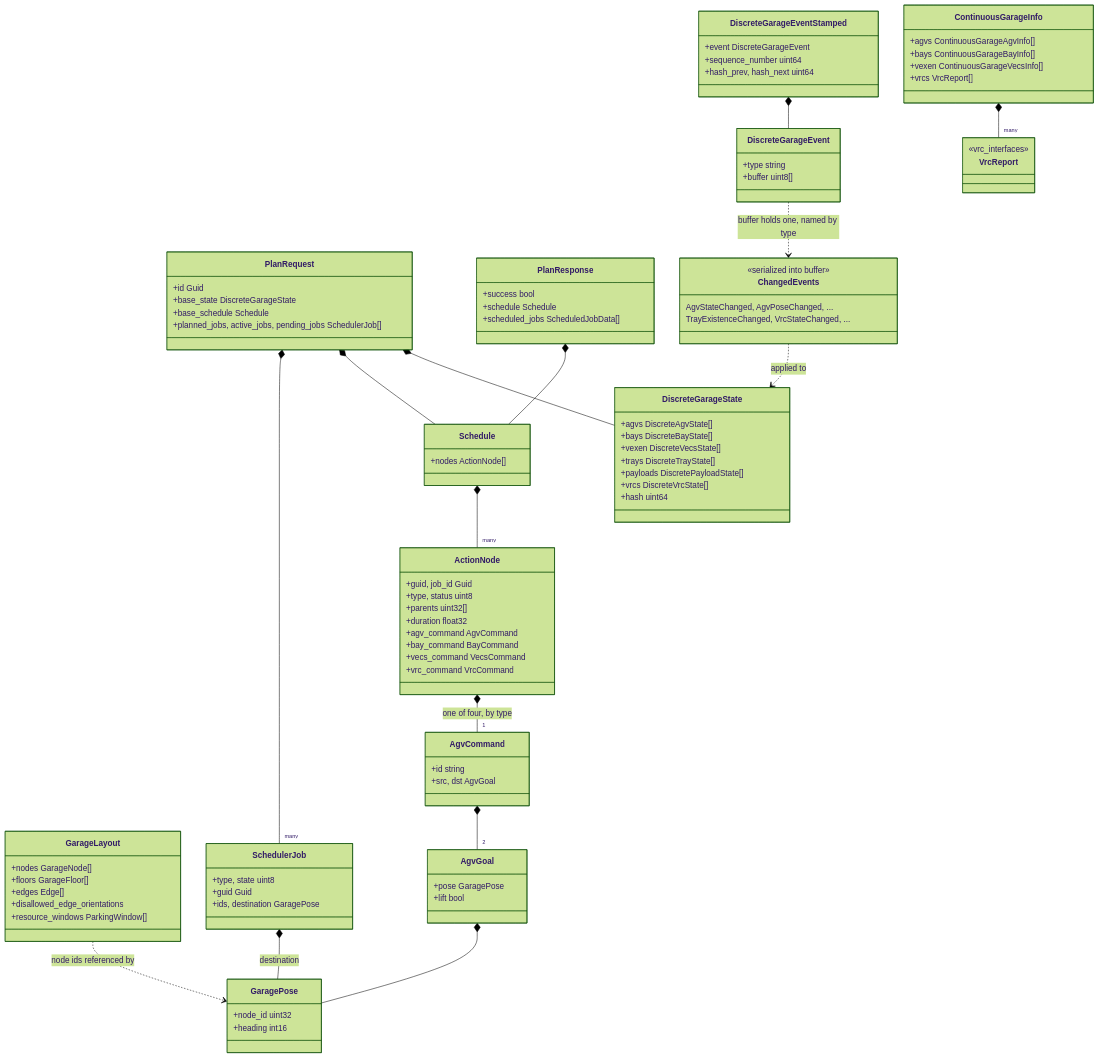
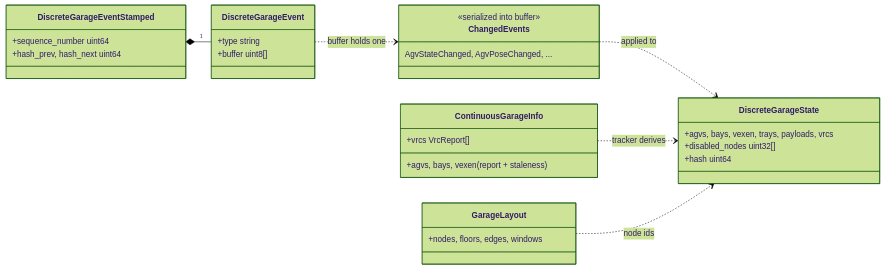
Before and after one commit to volleyjgonzales/volley_notes: the second of 24 diagrams in subsystems/11-interfaces.md, drawn with Mermaid (forest theme). The commit also changed other lines of this file and 14 other files, not shown here.

````diff
--- a/subsystems/11-interfaces.md
+++ b/subsystems/11-interfaces.md
@@ -389,52 +445,7 @@
 ```mermaid
 classDiagram
-    class GarageLayout {
-        +nodes GarageNode[]
-        +floors GarageFloor[]
-        +edges Edge[]
-        +disallowed_edge_orientations
-        +resource_windows ParkingWindow[]
-    }
-    class PlanRequest {
-        +id Guid
-        +base_state DiscreteGarageState
-        +base_schedule Schedule
-        +planned_jobs, active_jobs, pending_jobs SchedulerJob[]
-    }
-    class PlanResponse {
-        +success bool
-        +schedule Schedule
-        +scheduled_jobs ScheduledJobData[]
-    }
-    class Schedule {
-        +nodes ActionNode[]
-    }
-    class ActionNode {
-        +guid, job_id Guid
-        +type, status uint8
-        +parents uint32[]
-        +duration float32
-        +agv_command AgvCommand
-        +bay_command BayCommand
-        +vecs_command VecsCommand
-        +vrc_command VrcCommand
-    }
-    class SchedulerJob {
-        +type, state uint8
-        +guid Guid
-        +ids, destination GaragePose
-    }
-    class DiscreteGarageState {
-        +agvs DiscreteAgvState[]
-        +bays DiscreteBayState[]
-        +vexen DiscreteVecsState[]
-        +trays DiscreteTrayState[]
-        +payloads DiscretePayloadState[]
-        +vrcs DiscreteVrcState[]
-        +hash uint64
-    }
+    direction LR
     class DiscreteGarageEventStamped {
-        +event DiscreteGarageEvent
         +sequence_number uint64
         +hash_prev, hash_next uint64
     }
@@ -445,42 +456,22 @@
     class ChangedEvents {
         <<serialized into buffer>>
         AgvStateChanged, AgvPoseChanged, ...
-        TrayExistenceChanged, VrcStateChanged, ...
+    }
+    class DiscreteGarageState {
+        +agvs, bays, vexen, trays, payloads, vrcs
+        +disabled_nodes uint32[]
+        +hash uint64
     }
     class ContinuousGarageInfo {
-        +agvs ContinuousGarageAgvInfo[]
-        +bays ContinuousGarageBayInfo[]
-        +vexen ContinuousGarageVecsInfo[]
+        +agvs, bays, vexen (report + staleness)
         +vrcs VrcReport[]
     }
-    class AgvCommand {
-        +id string
-        +src, dst AgvGoal
+    class GarageLayout {
+        +nodes, floors, edges, windows
     }
-    class AgvGoal {
-        +pose GaragePose
-        +lift bool
-    }
-    class GaragePose {
-        +node_id uint32
-        +heading int16
-    }
-    class VrcReport {
-        <<vrc_interfaces>>
-    }
-
-    PlanRequest *-- DiscreteGarageState
-    PlanRequest *-- Schedule
-    PlanRequest *-- "many" SchedulerJob
-    PlanResponse *-- Schedule
-    Schedule *-- "many" ActionNode
-    ActionNode *-- "1" AgvCommand : one of four, by type
-    AgvCommand *-- "2" AgvGoal
-    AgvGoal *-- GaragePose
-    SchedulerJob *-- GaragePose : destination
-    DiscreteGarageEventStamped *-- DiscreteGarageEvent
-    DiscreteGarageEvent ..> ChangedEvents : buffer holds one, named by type
+    DiscreteGarageEventStamped *-- "1" DiscreteGarageEvent
+    DiscreteGarageEvent ..> ChangedEvents : buffer holds one
     ChangedEvents ..> DiscreteGarageState : applied to
-    ContinuousGarageInfo *-- "many" VrcReport
-    GarageLayout ..> GaragePose : node ids referenced by
+    ContinuousGarageInfo ..> DiscreteGarageState : tracker derives
+    GarageLayout ..> DiscreteGarageState : node ids
 ```
````
